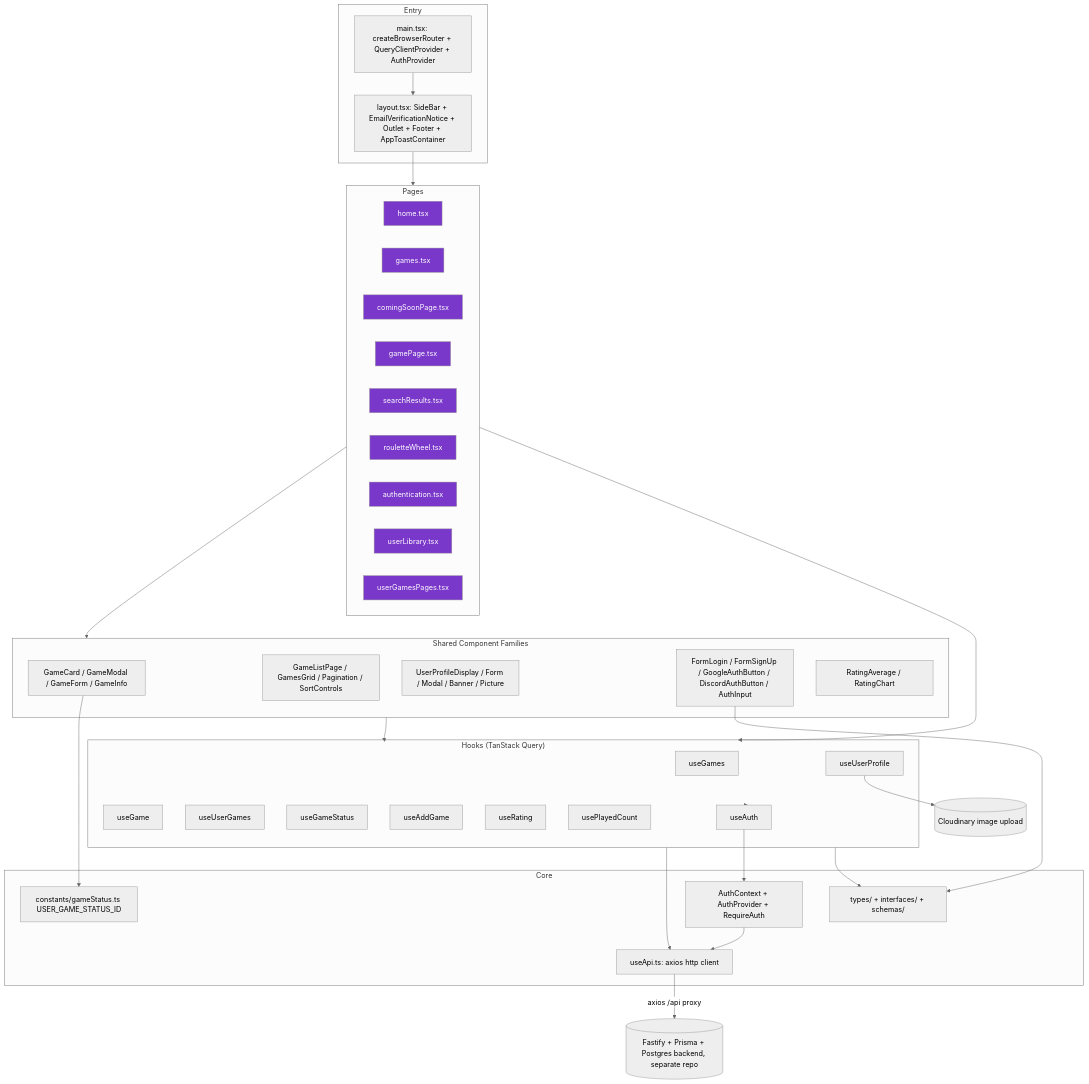
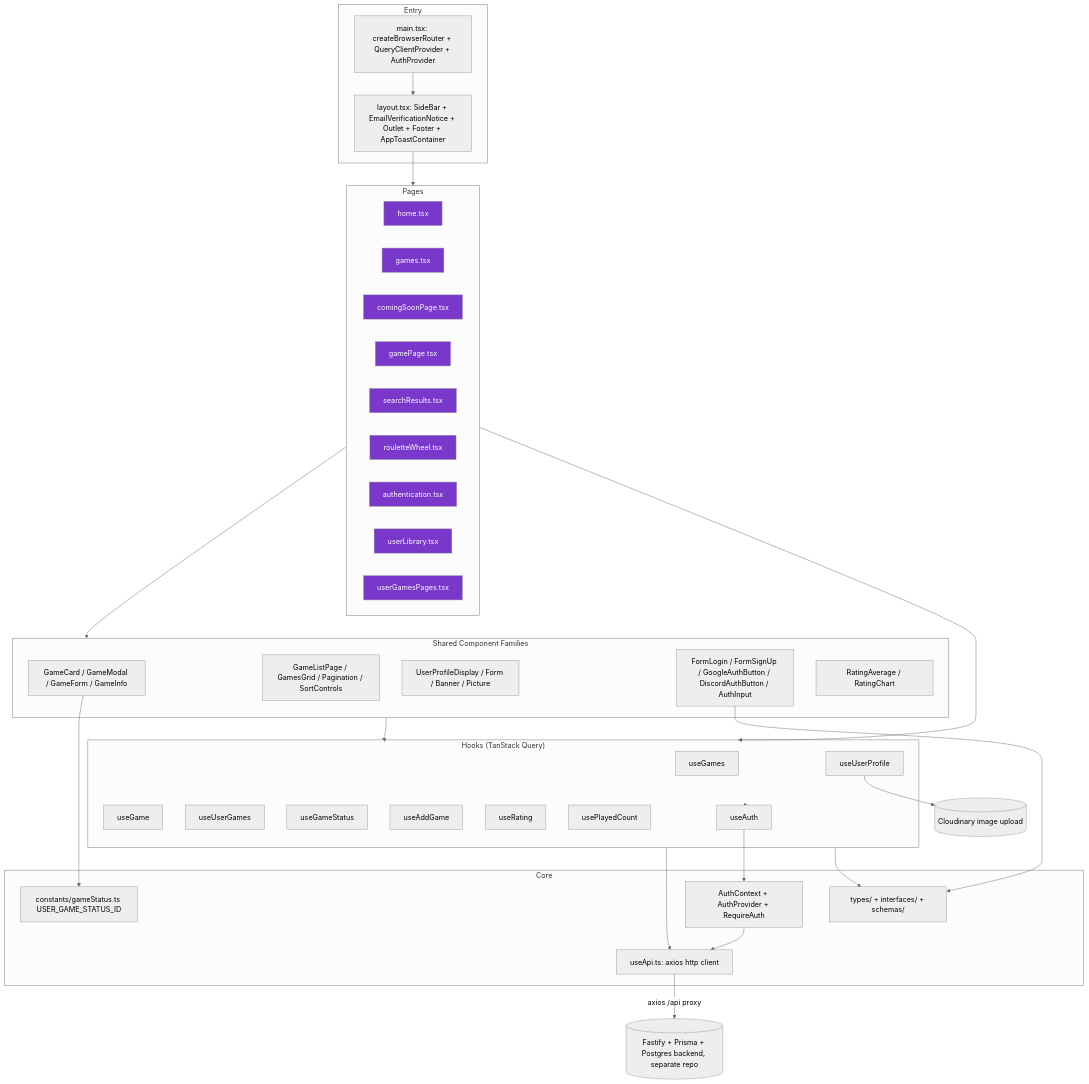
One commit to MathQuente/euzerei-front-end changed the first of 2 diagrams in docs/CODEBASE_MAP.md. Above: the diagram before and after it, drawn with Mermaid (neutral theme). The commit also changed other lines of this file and 2 other files, not shown here.

First line of the commit message:
chore(conta): remove o modal antigo de editar perfil

````diff
--- a/docs/CODEBASE_MAP.md
+++ b/docs/CODEBASE_MAP.md
@@ -15,65 +15,65 @@
 ```mermaid
 graph TD
   subgraph Entry
     main[main.tsx: createBrowserRouter + QueryClientProvider + AuthProvider]
     layout[layout.tsx: SideBar + EmailVerificationNotice + Outlet + Footer + AppToastContainer]
   end
 
   subgraph Pages
     home[home.tsx]
     games[games.tsx]
     comingSoon[comingSoonPage.tsx]
     gamePage[gamePage.tsx]
     search[searchResults.tsx]
     roulette[rouletteWheel.tsx]
     auth[authentication.tsx]
     userLib[userLibrary.tsx]
     userLibStatus[userGamesPages.tsx]
   end
 
   subgraph SharedComponents["Shared Component Families"]
     gameFamily["GameCard / GameModal / GameForm / GameInfo"]
     listFamily["GameListPage / GamesGrid / Pagination / SortControls"]
-    userProfileFamily["UserProfileDisplay / Form / Modal / Banner / Picture"]
+    userProfileFamily["UserProfileDisplay / Form / Banner / Picture"]
     authForms["FormLogin / FormSignUp / GoogleAuthButton / DiscordAuthButton / AuthInput"]
     ratingFamily["RatingAverage / RatingChart"]
   end
 
   subgraph Hooks["Hooks (TanStack Query)"]
     useGames_h[useGames]
     useGame_h[useGame]
     useUserGames_h[useUserGames]
     useGameStatus_h[useGameStatus]
     useAddGame_h[useAddGame]
     useRating_h[useRating]
     usePlayedCount_h[usePlayedCount]
     useUserProfile_h[useUserProfile]
     useAuth_h[useAuth]
   end
 
   subgraph Core
     api[useApi.ts: axios http client]
     authCtx[AuthContext + AuthProvider + RequireAuth]
     constants[constants/gameStatus.ts USER_GAME_STATUS_ID]
     types[types/ + interfaces/ + schemas/]
   end
 
   backend[(Fastify + Prisma + Postgres backend, separate repo)]
   cloudinary[(Cloudinary image upload)]
 
   main --> layout --> Pages
   Pages --> SharedComponents
   SharedComponents --> Hooks
   Pages --> Hooks
   Hooks --> api
   Hooks --> useAuth_h --> authCtx
   authCtx --> api
   api -->|axios /api proxy| backend
   useUserProfile_h --> cloudinary
   gameFamily --> constants
   authForms --> types
   Hooks --> types
 
   classDef page fill:#7A38CA,color:#fff;
   class home,games,comingSoon,gamePage,search,roulette,auth,userLib,userLibStatus page;
 ```
````
